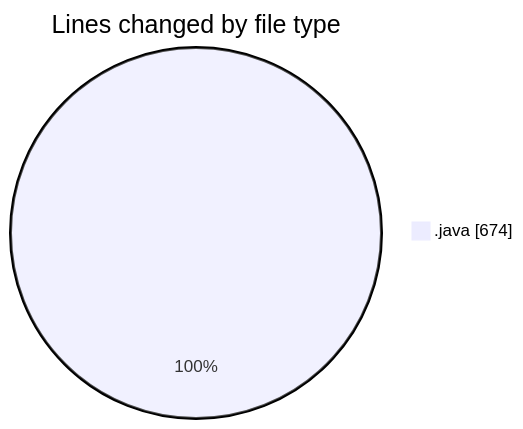
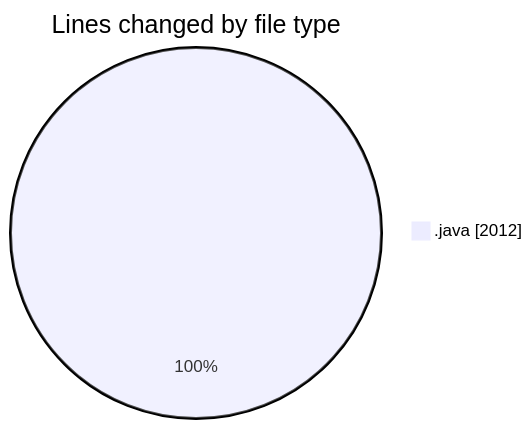
One commit to ricardozamudiocil/code-tracking changed the first of 2 diagrams in 2026-05-06/cilapp/README.md. Above: the diagram before and after it, drawn with Mermaid. The commit also changed other lines of this file and 1 other file, not shown here.

````diff
--- a/2026-05-06/cilapp/README.md
+++ b/2026-05-06/cilapp/README.md
@@ -22,5 +23,5 @@
 ```mermaid
 pie showData
 title Lines changed by file type
-".java" : 674
+".java" : 2012
 ```
````
